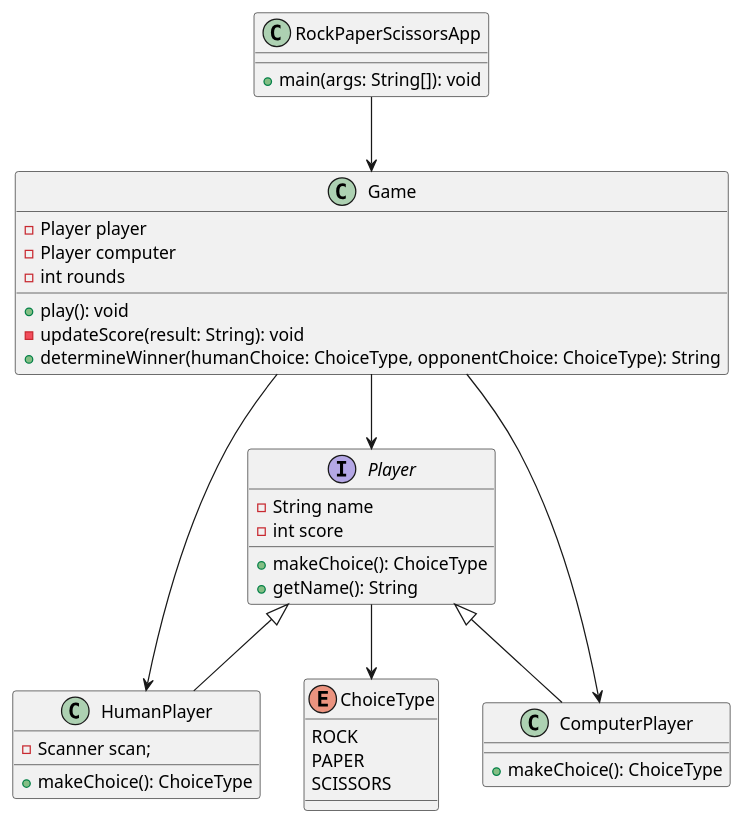
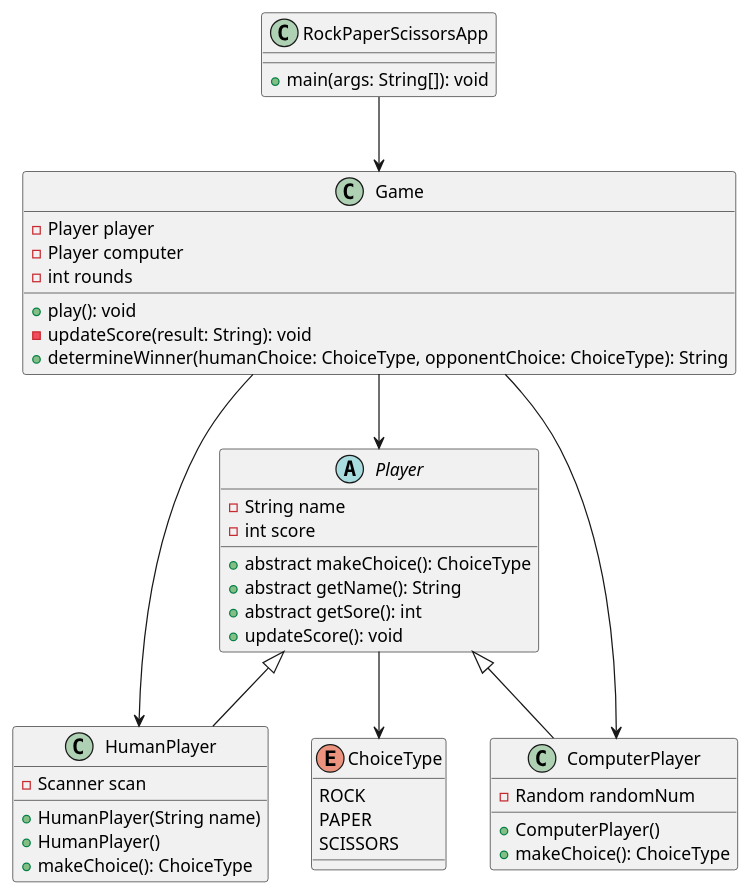
The diagram in ClassUML.puml (StudentsOnly/java-Rock-Paper-Scissors-game-project-team1), drawn with PlantUML before and after one commit.

Commit message:
updated ClassUML

```diff
--- a/ClassUML.puml
+++ b/ClassUML.puml
@@ -1,48 +1,55 @@
 @startuml
 
 class RockPaperScissorsApp {
     +main(args: String[]): void
 }
 
 class Game {
     -Player player
     -Player computer
     -int rounds
     +play(): void
     -updateScore(result: String): void
     +determineWinner(humanChoice: ChoiceType, opponentChoice: ChoiceType): String
 }
 
-interface Player {
+abstract class Player {
     -String name
     -int score
-    +makeChoice(): ChoiceType
-    +getName(): String
+    +abstract makeChoice(): ChoiceType
+    +abstract getName(): String
+    +abstract getSore(): int
+    +updateScore(): void
 }
 
 class HumanPlayer {
-    -Scanner scan;
+
+    -Scanner scan
+    +HumanPlayer(String name)
+    +HumanPlayer()
     +makeChoice(): ChoiceType
 }
 
 class ComputerPlayer {
+    -Random randomNum
+    +ComputerPlayer()
     +makeChoice(): ChoiceType
 }
 
 enum ChoiceType {
     ROCK
     PAPER
     SCISSORS
 }
 
 RockPaperScissorsApp --> Game
 
 Game --> Player
 Game --> HumanPlayer
 Game --> ComputerPlayer
 Player <|-- HumanPlayer
 Player <|-- ComputerPlayer
 Player --> ChoiceType
 
 
 @enduml
```
